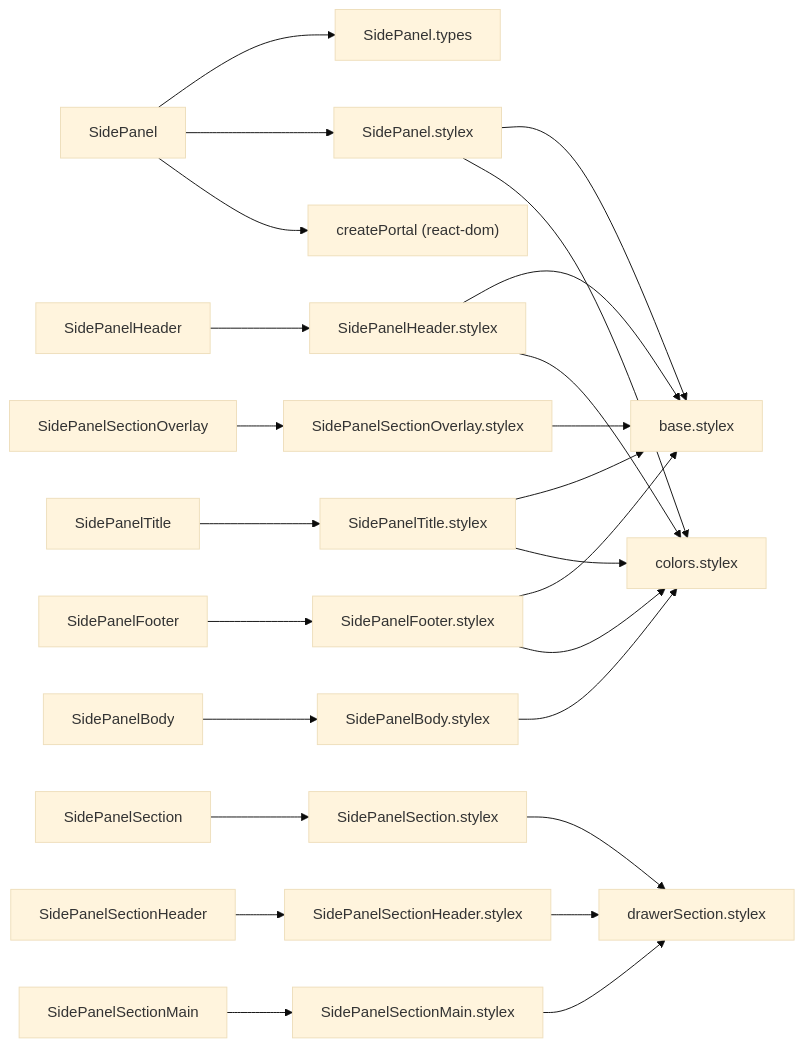
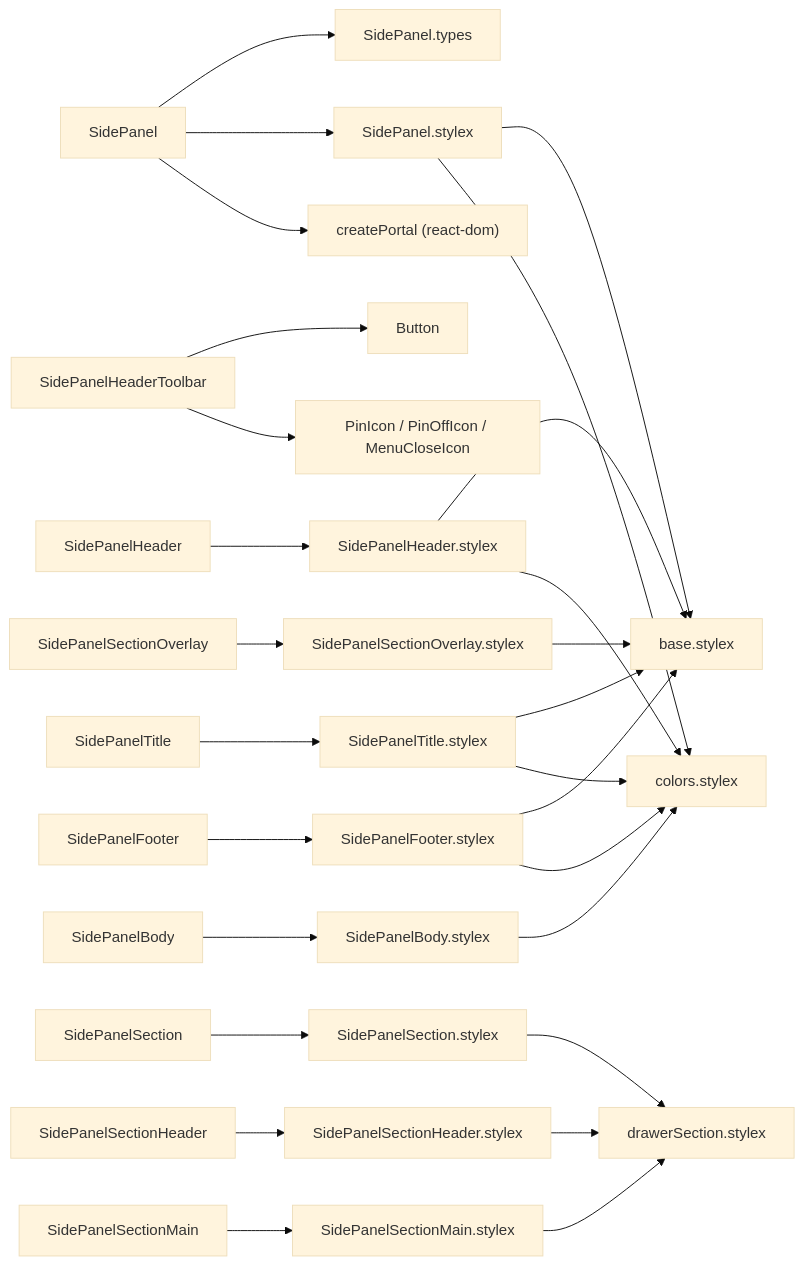
One commit to luciocabrera/lcabrera-stack changed the first of 4 diagrams in src/components/SidePanel/ARCHITECTURE.md. Above: the diagram before and after it, drawn with Mermaid (base theme). The commit also changed other lines of this file and 6 other files, not shown here.

Commit message:
feat: add SidePanelHeaderToolbar component for enhanced drawer header functionality

````diff
--- a/src/components/SidePanel/ARCHITECTURE.md
+++ b/src/components/SidePanel/ARCHITECTURE.md
@@ -63,36 +68,39 @@
 ```mermaid
 graph LR
   SidePanel --> SidePanel.types
   SidePanel --> SidePanel.stylex
   SidePanel --> ReactDOM["createPortal (react-dom)"]
 
   SidePanel.stylex --> base.stylex
   SidePanel.stylex --> colors.stylex
+
+  SidePanelHeaderToolbar --> Button
+  SidePanelHeaderToolbar --> Icons["PinIcon / PinOffIcon / MenuCloseIcon"]
 
   SidePanelHeader --> SidePanelHeader.stylex
   SidePanelHeader.stylex --> base.stylex
   SidePanelHeader.stylex --> colors.stylex
 
   SidePanelTitle --> SidePanelTitle.stylex
   SidePanelTitle.stylex --> base.stylex
   SidePanelTitle.stylex --> colors.stylex
 
   SidePanelBody --> SidePanelBody.stylex
   SidePanelBody.stylex --> colors.stylex
 
   SidePanelFooter --> SidePanelFooter.stylex
   SidePanelFooter.stylex --> base.stylex
   SidePanelFooter.stylex --> colors.stylex
 
   SidePanelSection --> SidePanelSection.stylex
   SidePanelSection.stylex --> drawerSection.stylex
 
   SidePanelSectionHeader --> SidePanelSectionHeader.stylex
   SidePanelSectionHeader.stylex --> drawerSection.stylex
 
   SidePanelSectionMain --> SidePanelSectionMain.stylex
   SidePanelSectionMain.stylex --> drawerSection.stylex
 
   SidePanelSectionOverlay --> SidePanelSectionOverlay.stylex
   SidePanelSectionOverlay.stylex --> base.stylex
 ```
````
